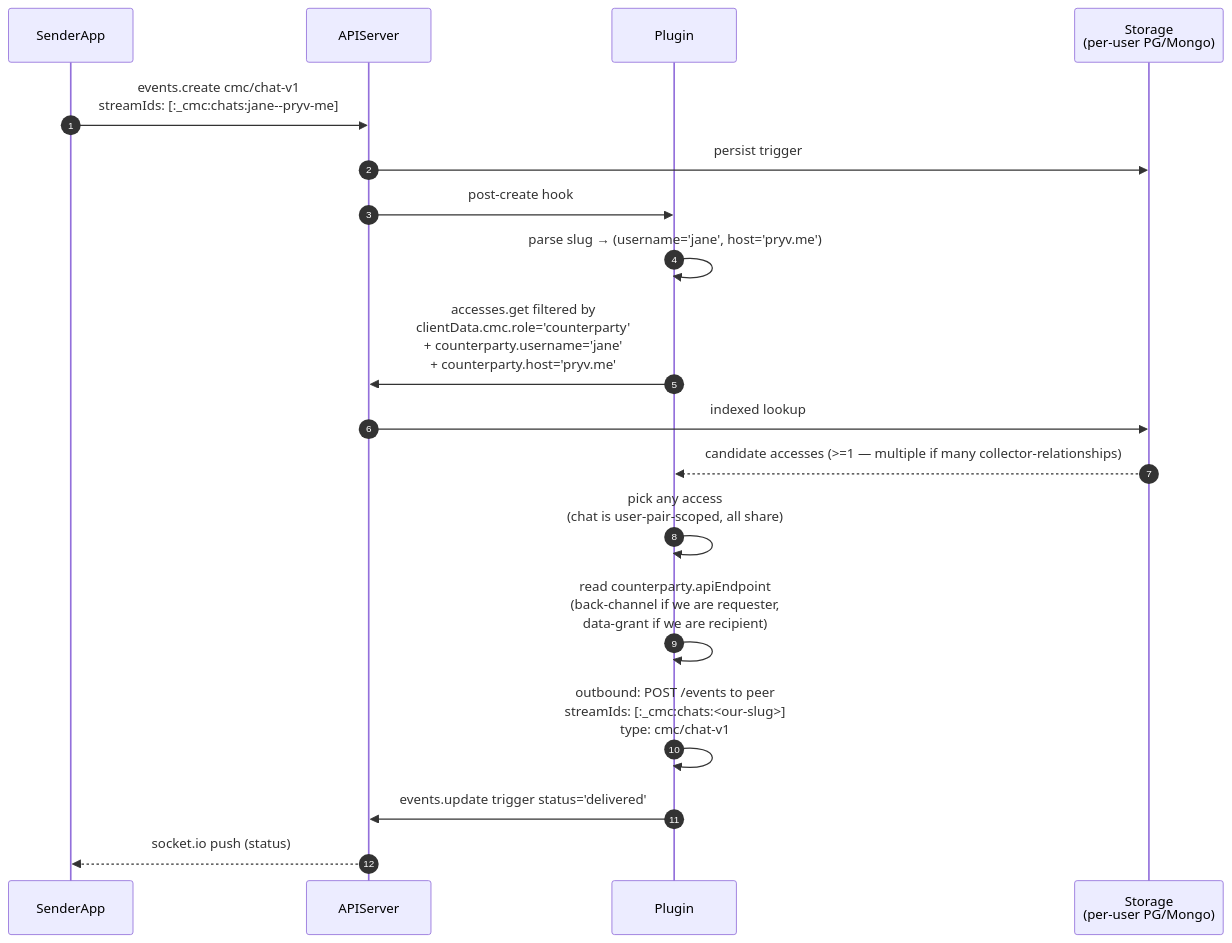
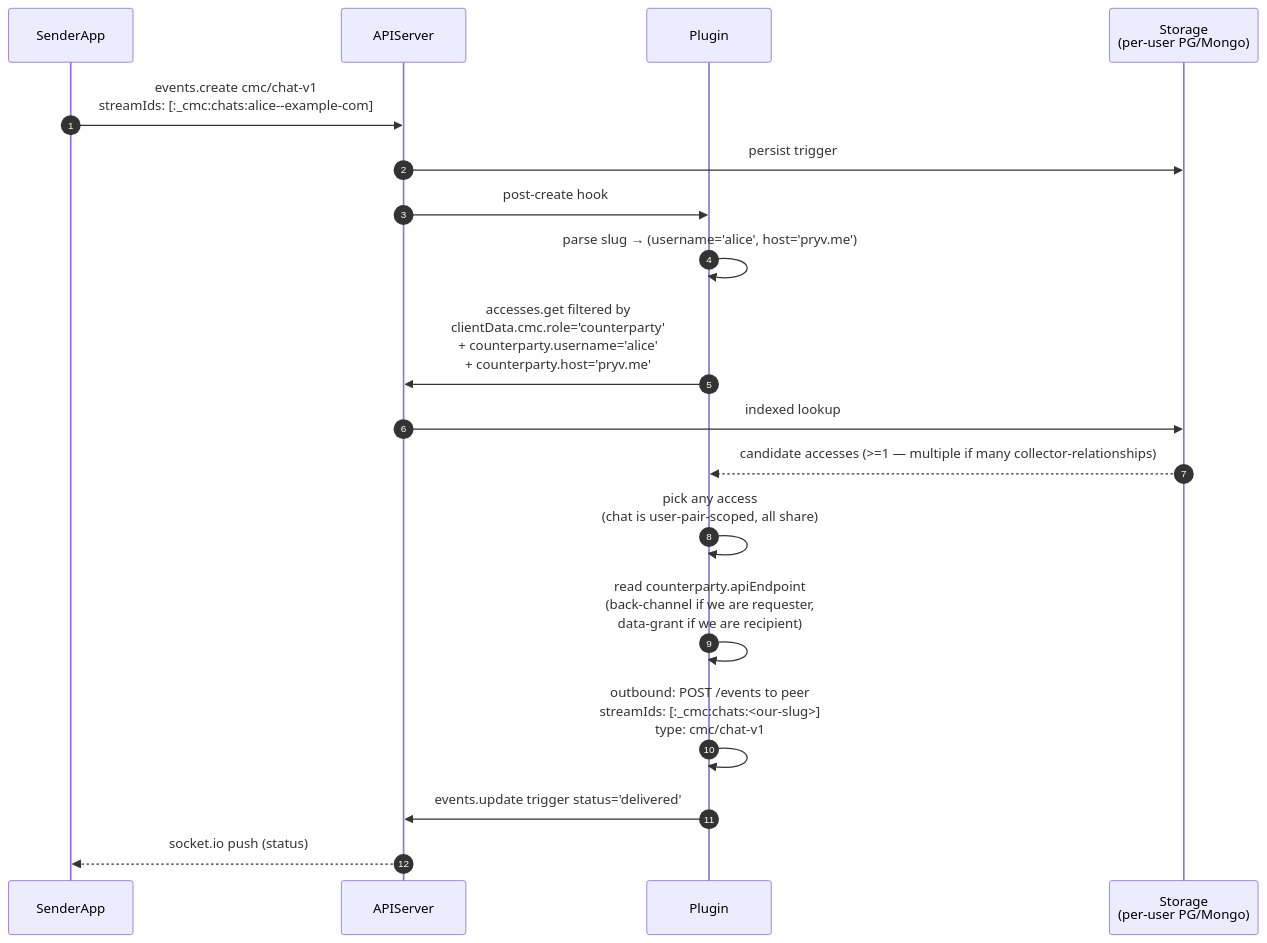
Before and after one commit to pryv/open-pryv.io: the sixth of 14 diagrams in components/cmc/INTERNALS.md, drawn with Mermaid. The commit also changed other lines of this file and 20 other files, not shown here.

````diff
--- a/components/cmc/INTERNALS.md
+++ b/components/cmc/INTERNALS.md
@@ -287,21 +287,21 @@
 ```mermaid
 sequenceDiagram
     autonumber
     participant App as SenderApp
     participant APIServer
     participant Plugin
     participant Storage as Storage<br/>(per-user PG/Mongo)
 
-    App->>APIServer: events.create cmc/chat-v1<br/>streamIds: [:_cmc:chats:jane--pryv-me]
+    App->>APIServer: events.create cmc/chat-v1<br/>streamIds: [:_cmc:chats:alice--example-com]
     APIServer->>Storage: persist trigger
     APIServer->>Plugin: post-create hook
-    Plugin->>Plugin: parse slug → (username='jane', host='pryv.me')
-    Plugin->>APIServer: accesses.get filtered by<br/>clientData.cmc.role='counterparty'<br/>+ counterparty.username='jane'<br/>+ counterparty.host='pryv.me'
+    Plugin->>Plugin: parse slug → (username='alice', host='pryv.me')
+    Plugin->>APIServer: accesses.get filtered by<br/>clientData.cmc.role='counterparty'<br/>+ counterparty.username='alice'<br/>+ counterparty.host='pryv.me'
     APIServer->>Storage: indexed lookup
     Storage-->>Plugin: candidate accesses (>=1 — multiple if many collector-relationships)
     Plugin->>Plugin: pick any access<br/>(chat is user-pair-scoped, all share)
     Plugin->>Plugin: read counterparty.apiEndpoint<br/>(back-channel if we are requester,<br/>data-grant if we are recipient)
     Plugin->>Plugin: outbound: POST /events to peer<br/>streamIds: [:_cmc:chats:<our-slug>]<br/>type: cmc/chat-v1
     Plugin->>APIServer: events.update trigger status='delivered'
     APIServer-->>App: socket.io push (status)
 ```
````
